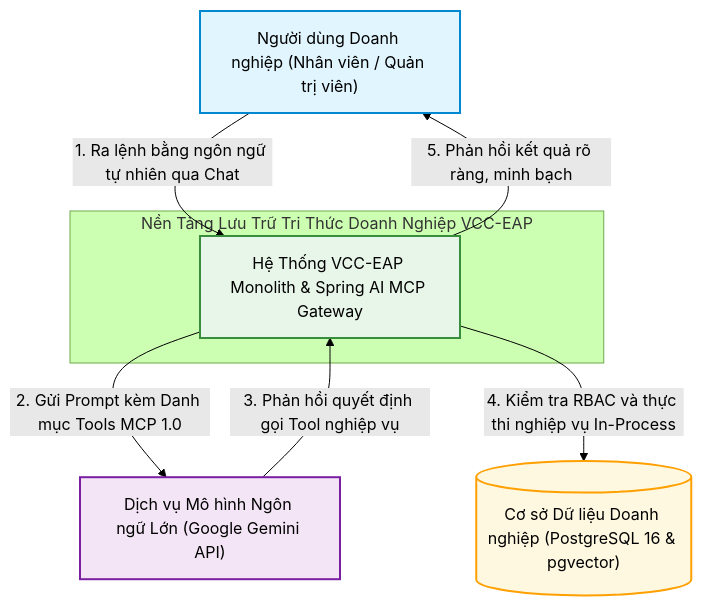
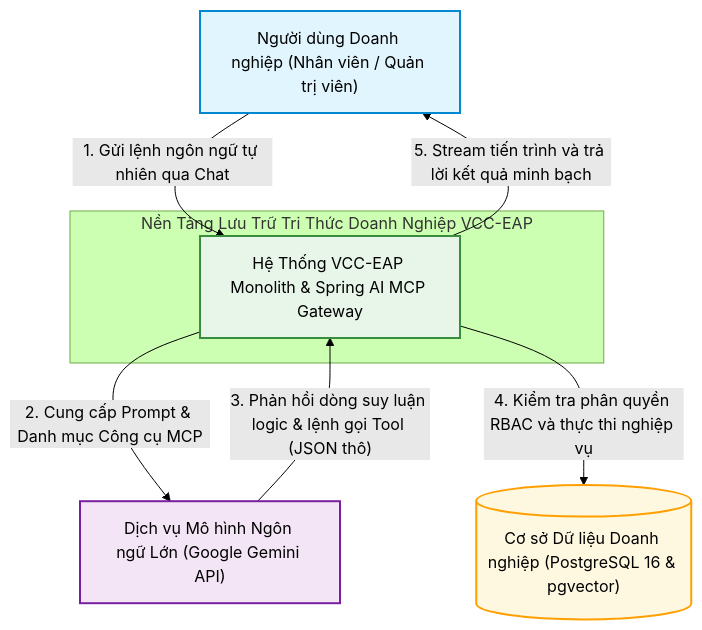
Before and after one commit to thanhhuong1523/enterprise-ai-systems: the first of 4 diagrams in eap/docs/week6/ArchitectureDesign.md, drawn with Mermaid (forest theme). The commit also changed other lines of this file and 41 other files, not shown here.

````diff
--- a/eap/docs/week6/ArchitectureDesign.md
+++ b/eap/docs/week6/ArchitectureDesign.md
@@ -92,21 +75,21 @@
 ```mermaid
 flowchart TD
     User["Người dùng Doanh nghiệp (Nhân viên / Quản trị viên)"]
-    LLM_Cloud["Dịch vụ Mô hình Ngôn ngữ Lớn (Google Gemini API)"]
+    CloudLLM["Dịch vụ Mô hình Ngôn ngữ Lớn (Google Gemini API)"]
     Database[("Cơ sở Dữ liệu Doanh nghiệp (PostgreSQL 16 & pgvector)")]
     
-    subgraph VCC_EAP_Platform ["Nền Tảng Lưu Trữ Tri Thức Doanh Nghiệp VCC-EAP"]
+    subgraph EAP_Platform ["Nền Tảng Lưu Trữ Tri Thức Doanh Nghiệp VCC-EAP"]
         McpSystem["Hệ Thống VCC-EAP Monolith & Spring AI MCP Gateway"]
     end
 
-    User -->|"1. Ra lệnh bằng ngôn ngữ tự nhiên qua Chat"| McpSystem
-    McpSystem -->|"2. Gửi Prompt kèm Danh mục Tools MCP 1.0"| LLM_Cloud
-    LLM_Cloud -->|"3. Phản hồi quyết định gọi Tool nghiệp vụ"| McpSystem
-    McpSystem -->|"4. Kiểm tra RBAC và thực thi nghiệp vụ In-Process"| Database
-    McpSystem -->|"5. Phản hồi kết quả rõ ràng, minh bạch"| User
+    User -->|"1. Gửi lệnh ngôn ngữ tự nhiên qua Chat"| McpSystem
+    McpSystem -->|"2. Cung cấp Prompt & Danh mục Công cụ MCP"| CloudLLM
+    CloudLLM -->|"3. Phản hồi dòng suy luận logic & lệnh gọi Tool (JSON thô)"| McpSystem
+    McpSystem -->|"4. Kiểm tra phân quyền RBAC và thực thi nghiệp vụ"| Database
+    McpSystem -->|"5. Stream tiến trình và trả lời kết quả minh bạch"| User
 
     style User fill:#E1F5FE,stroke:#0288D1,stroke-width:2px
     style McpSystem fill:#E8F5E9,stroke:#388E3C,stroke-width:2px
-    style LLM_Cloud fill:#F3E5F5,stroke:#7B1FA2,stroke-width:2px
+    style CloudLLM fill:#F3E5F5,stroke:#7B1FA2,stroke-width:2px
     style Database fill:#FFF8E1,stroke:#FFA000,stroke-width:2px
 ```
````
